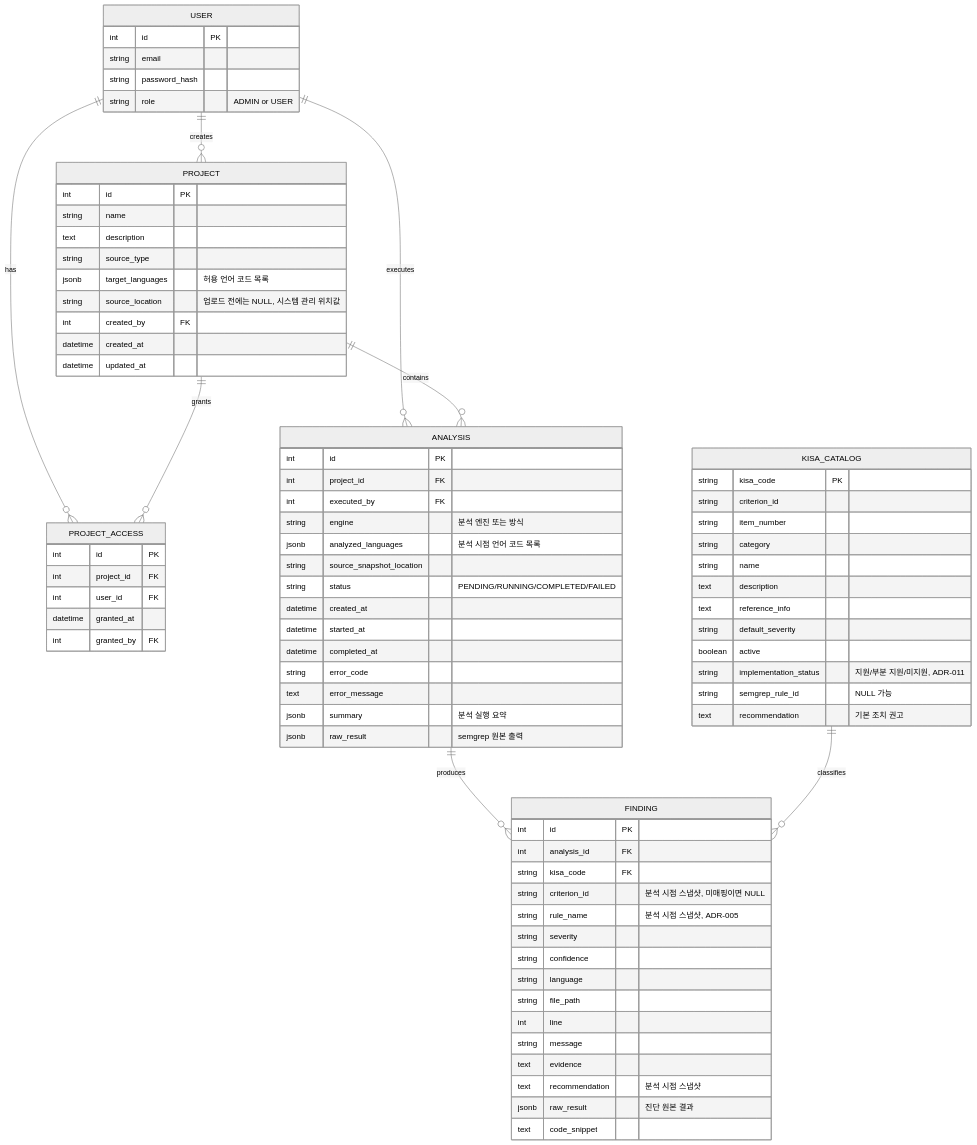
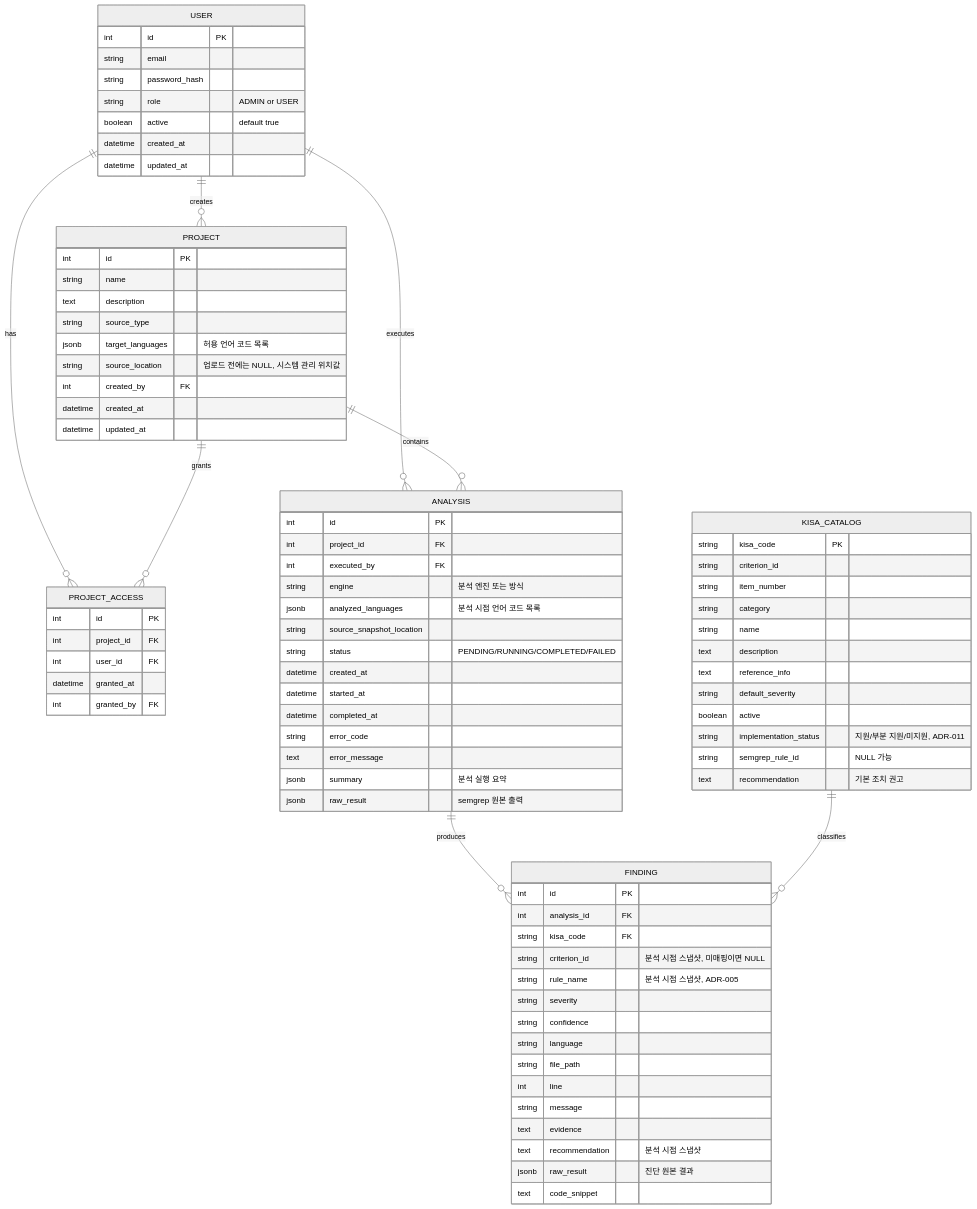
Before and after one commit to nYeonG4001/secscan: the diagram in docs/erd.md, drawn with Mermaid (neutral theme). The commit also changed other lines of this file and 16 other files, not shown here.

```diff
--- a/docs/erd.md
+++ b/docs/erd.md
@@ -17,6 +17,9 @@
         string email
         string password_hash
         string role "ADMIN or USER"
+        boolean active "default true"
+        datetime created_at
+        datetime updated_at
     }
     PROJECT {
         int id PK
```
